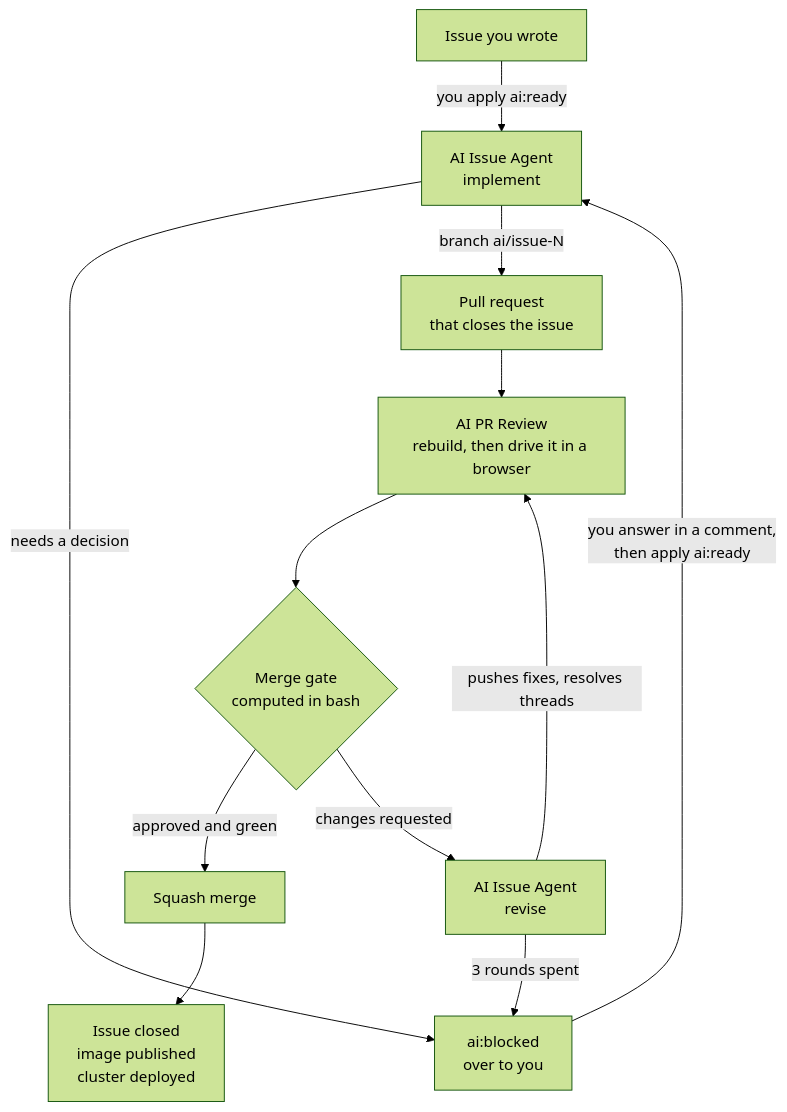
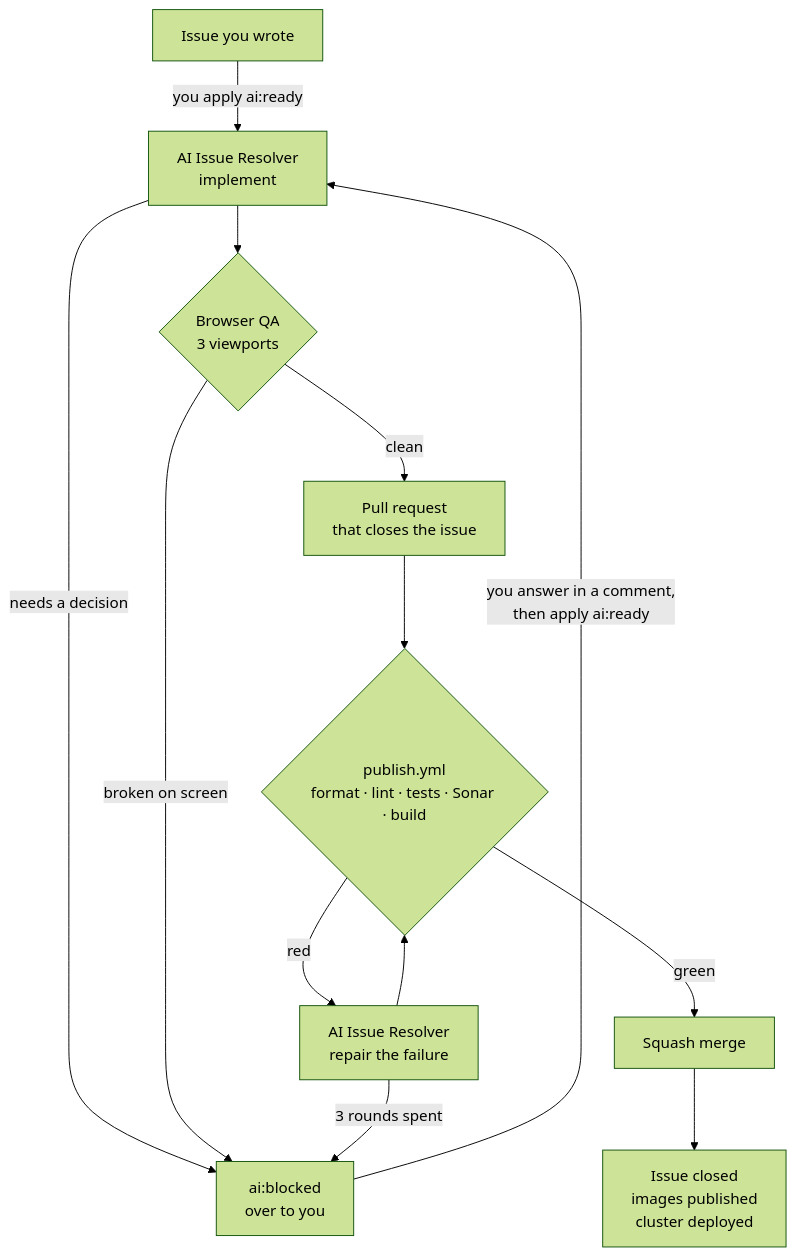
One commit to kalpak44/proklinator-app changed the diagram in README.md. Above: the diagram before and after it, drawn with Mermaid (forest theme). The commit also changed other lines of this file, not shown here.

Commit message:
document the three-workflow loop and the blocking gate

````diff
--- a/README.md
+++ b/README.md
@@ -208,20 +235,22 @@
 ```mermaid
 flowchart TD
-    ISSUE["Issue you wrote"] -->|you apply ai:ready| IMPL["AI Issue Agent<br/>implement"]
+    ISSUE["Issue you wrote"] -->|you apply ai:ready| IMPL["AI Issue Resolver<br/>implement"]
 
     IMPL -->|needs a decision| BLOCK["ai:blocked<br/>over to you"]
-    IMPL -->|branch ai/issue-N| PR["Pull request<br/>that closes the issue"]
+    IMPL --> QA{"Browser QA<br/>3 viewports"}
 
-    PR --> REV["AI PR Review<br/>rebuild, then drive it in a browser"]
-    REV --> GATE{"Merge gate<br/>computed in bash"}
+    QA -->|broken on screen| BLOCK
+    QA -->|clean| PR["Pull request<br/>that closes the issue"]
 
-    GATE -->|approved and green| MERGE["Squash merge"]
-    GATE -->|changes requested| FIX["AI Issue Agent<br/>revise"]
+    PR --> CI{"publish.yml<br/>format · lint · tests · Sonar · build"}
 
-    FIX -->|pushes fixes, resolves threads| REV
+    CI -->|green| MERGE["Squash merge"]
+    CI -->|red| FIX["AI Issue Resolver<br/>repair the failure"]
+
+    FIX --> CI
     FIX -->|3 rounds spent| BLOCK
 
     BLOCK -->|you answer in a comment,<br/>then apply ai:ready| IMPL
 
-    MERGE --> DONE["Issue closed<br/>image published<br/>cluster deployed"]
+    MERGE --> DONE["Issue closed<br/>images published<br/>cluster deployed"]
 ```
````
